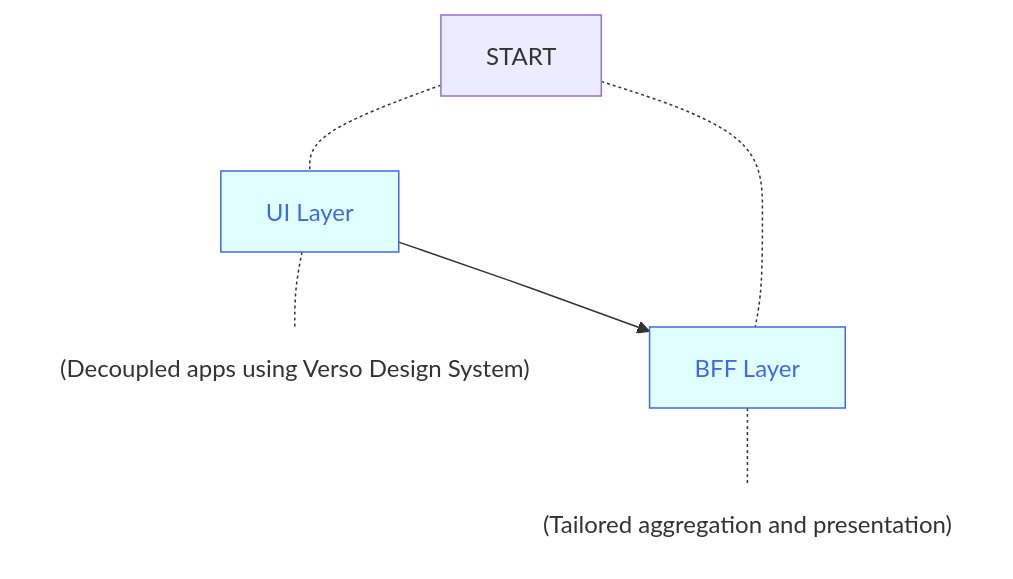
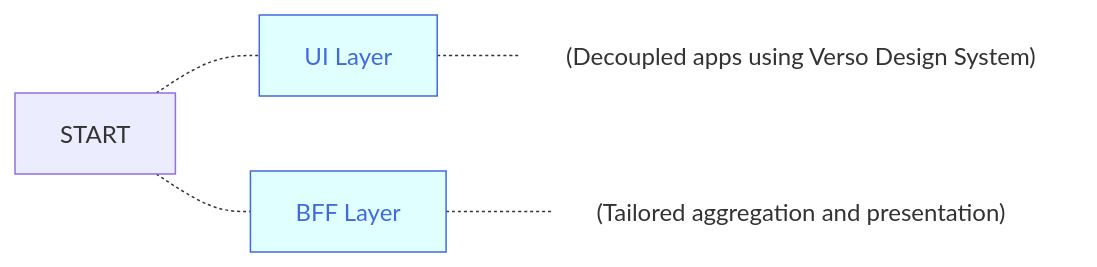
The first of 2 diagrams in buttons_mermaid_v4.md (joe-dorward/samples), drawn with Mermaid before and after one commit.

````diff
--- a/buttons_mermaid_v4.md
+++ b/buttons_mermaid_v4.md
@@ -1,34 +1,33 @@
 ```mermaid
   %%{
     init: {
       "flowchart": { "markdownAutoWrap":"false", "textWrap":"false", "wrappingWidth": "100%" }
     }
   }%%
-  flowchart TD
+  flowchart LR
 
   classDef Button fill:lightcyan, stroke:royalblue, color:royalblue;
   classDef Note fill:transparent, stroke-width:0px
   %% ---------- ---------- ---------- ---------- ---------- ---------- ---------- ---------- ---------- ----------
   START[START]
 
     BUTTON_01["UI Layer"]:::Button
     click BUTTON_01 "https://en.wikipedia.org/wiki/Main_Page" _blank
     BUTTON_01_NOTE["(Decoupled apps using Verso Design System)"]:::Note
 
     BUTTON_02["BFF Layer"]:::Button
     click BUTTON_02 "https://en.wikipedia.org/wiki/Main_Page" _blank
     BUTTON_02_NOTE["(Tailored aggregation and presentation)"]:::Note
 
 
   START-.-
   BUTTON_01-.-
   BUTTON_01_NOTE
 
   START-.-
   BUTTON_02-.-
   BUTTON_02_NOTE
 
-BUTTON_01-->
-BUTTON_02
+
 
 ```
````
